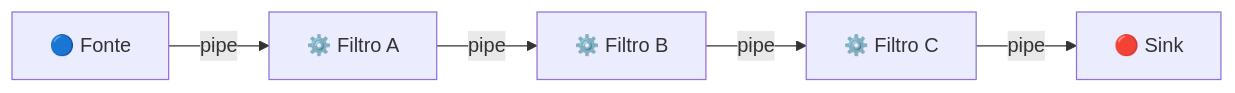
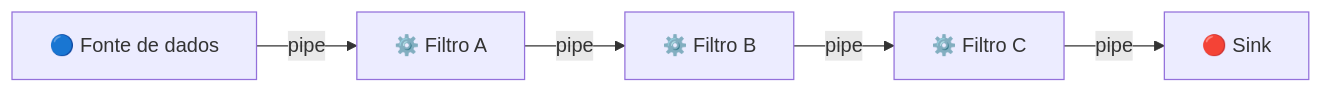
The first of 2 diagrams in content/01-pipe-and-filter/slides.qmd (thiagoleal435/guia-arquitetura-de-software), drawn with Mermaid before and after one commit. The commit also changed other lines of this file and 1 other file, not shown here.

````diff
--- a/content/01-pipe-and-filter/slides.qmd
+++ b/content/01-pipe-and-filter/slides.qmd
@@ -74,7 +82,7 @@
 ```{mermaid}
 flowchart LR
-    S["🔵 Fonte"] -->|pipe| F1["⚙️ Filtro A"]
+    S["🔵 Fonte de dados"] -->|pipe| F1["⚙️ Filtro A"]
     F1 -->|pipe| F2["⚙️ Filtro B"]
     F2 -->|pipe| F3["⚙️ Filtro C"]
     F3 -->|pipe| K["🔴 Sink"]
 ```
````
